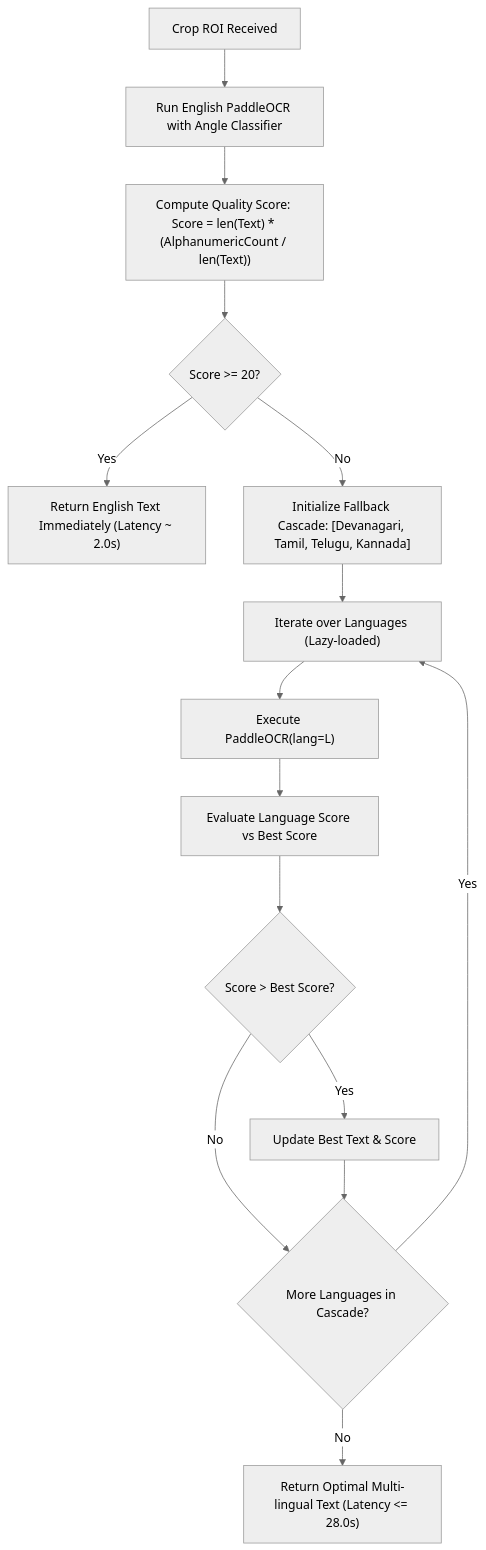
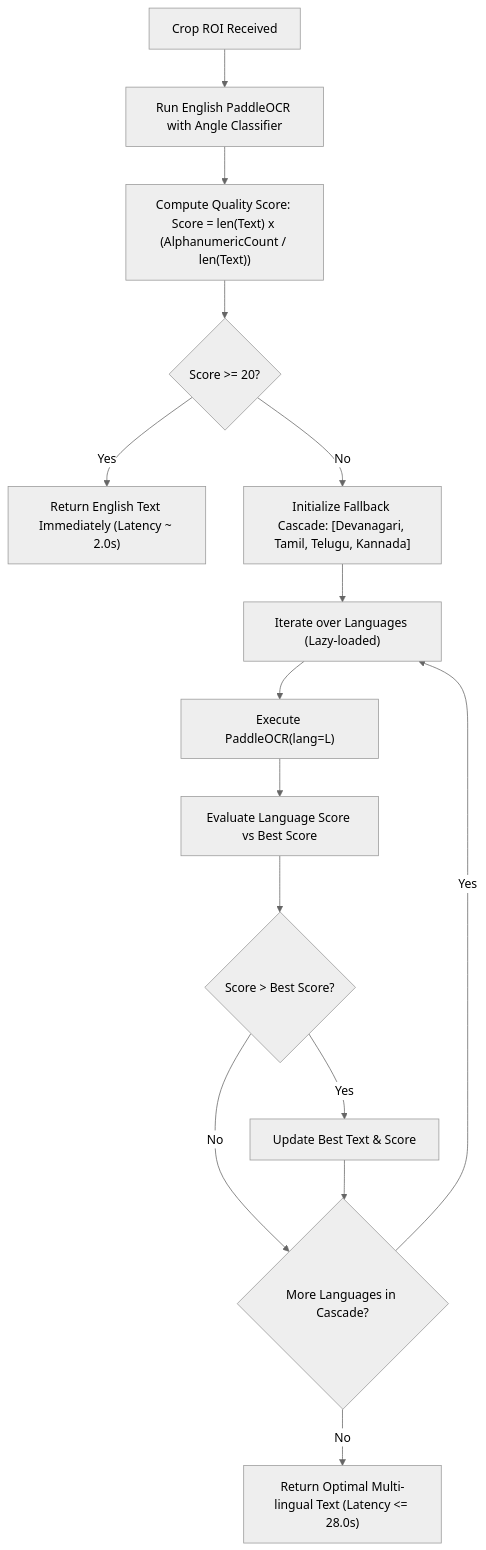
Before and after one commit to kajaredhruv433/Intelligent_Document_AI_for_Field_Extraction: the third of 5 diagrams in ARCHITECTURE.md, drawn with Mermaid (neutral theme). The commit also changed other lines of this file and 1 other file, not shown here.

Commit message:
docs: enhance ARCHITECTURE and README with detailed specs and team contributors

````diff
--- a/ARCHITECTURE.md
+++ b/ARCHITECTURE.md
@@ -110,19 +185,19 @@
 ```mermaid
 flowchart TD
     Start["Crop ROI Received"] --> Step1["Run English PaddleOCR with Angle Classifier"]
-    Step1 --> ScoreCalc["Compute Quality Score: Score = len(Text) * (AlphanumericCount / len(Text))"]
+    Step1 --> ScoreCalc["Compute Quality Score: Score = len(Text) x (AlphanumericCount / len(Text))"]
     ScoreCalc --> Check{"Score >= 20?"}
     
     Check -- "Yes" --> FastExit["Return English Text Immediately (Latency ~ 2.0s)"]
     
     Check -- "No" --> InitFallback["Initialize Fallback Cascade: [Devanagari, Tamil, Telugu, Kannada]"]
     InitFallback --> Loop["Iterate over Languages (Lazy-loaded)"]
     Loop --> RunLang["Execute PaddleOCR(lang=L)"]
     RunLang --> EvalScore["Evaluate Language Score vs Best Score"]
     EvalScore --> UpdateBest{"Score > Best Score?"}
     UpdateBest -- "Yes" --> RecordBest["Update Best Text & Score"]
     UpdateBest -- "No" --> NextLang{"More Languages in Cascade?"}
     RecordBest --> NextLang
     NextLang -- "Yes" --> Loop
     NextLang -- "No" --> ReturnBest["Return Optimal Multi-lingual Text (Latency <= 28.0s)"]
 ```
````
